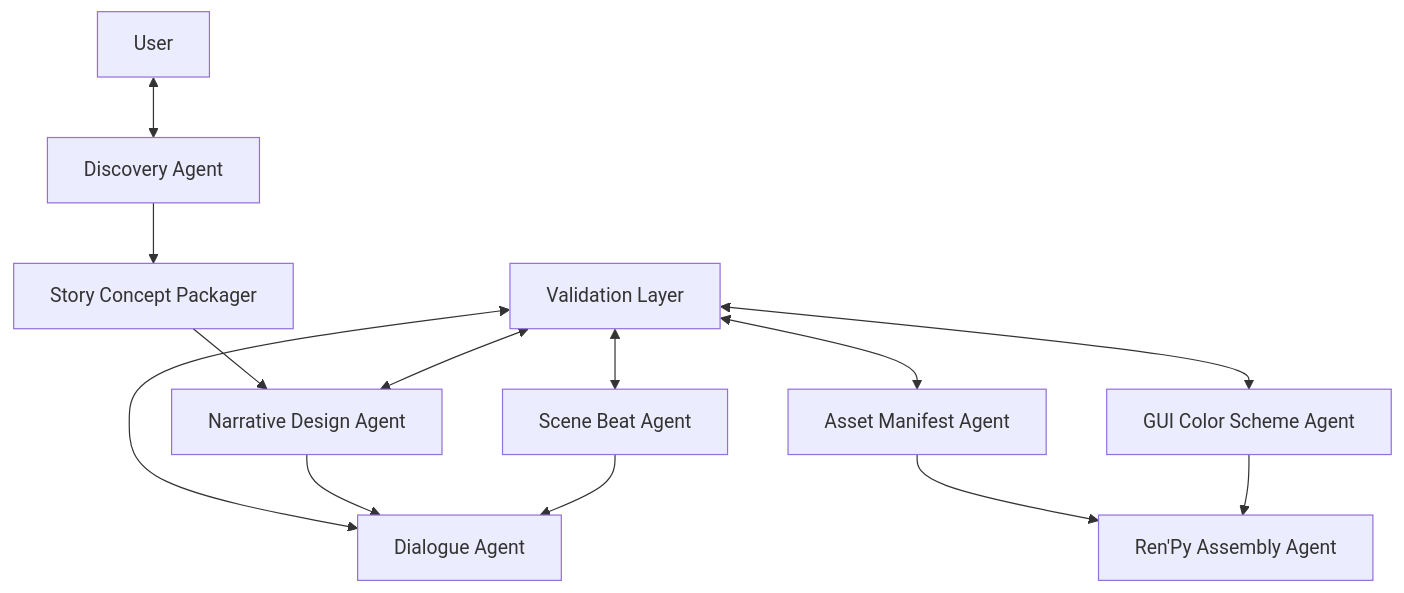
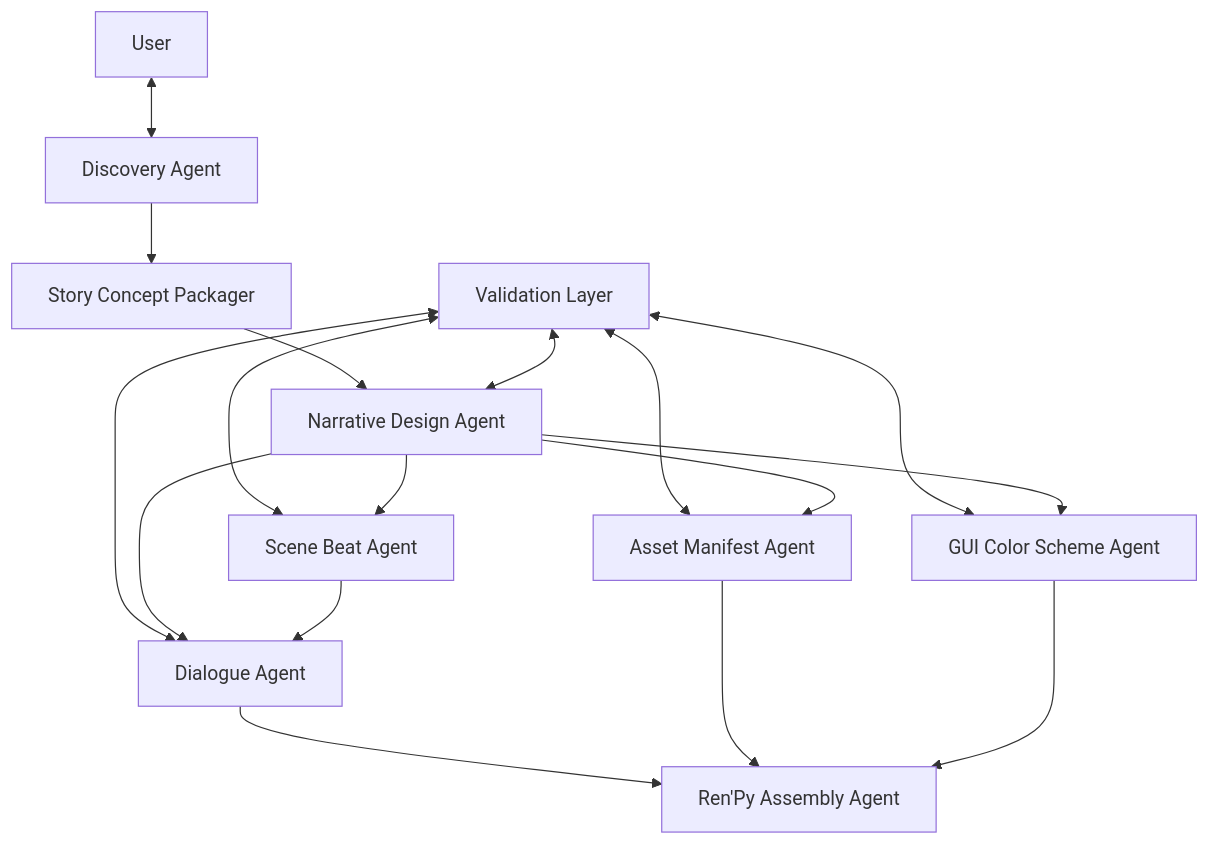
Before and after one commit to danglenzig/KARLA_PROD: the diagram in README.md, drawn with Mermaid.

Commit message:
Update ND mappings in README

````diff
--- a/README.md
+++ b/README.md
@@ -118,32 +118,35 @@
 ```mermaid
 graph TD
     US[User]
     DI[Discovery Agent]
     CP[Story Concept Packager]
     ND[Narrative Design Agent]
     SB[Scene Beat Agent]
     DA[Dialogue Agent]
     AM[Asset Manifest Agent]
     CA[GUI Color Scheme Agent]
     RP[Ren'Py Assembly Agent]
     QA[Validation Layer]
 
     US <--> DI
     DI --> CP
     CP --> ND
     %%ND --> QA
     QA <--> SB
     QA <--> AM
     QA <--> CA
     QA <--> ND
     QA <--> DA
     %%SB --> QA
     ND --> DA
     SB --> DA
+    ND --> SB
+    ND --> AM
+    ND --> CA
     %%DA --> QA
     %%AM --> QA
     %%CA --> QA
-    %%DA --> RP
+    DA --> RP
     AM --> RP
     CA --> RP
 ```
````
